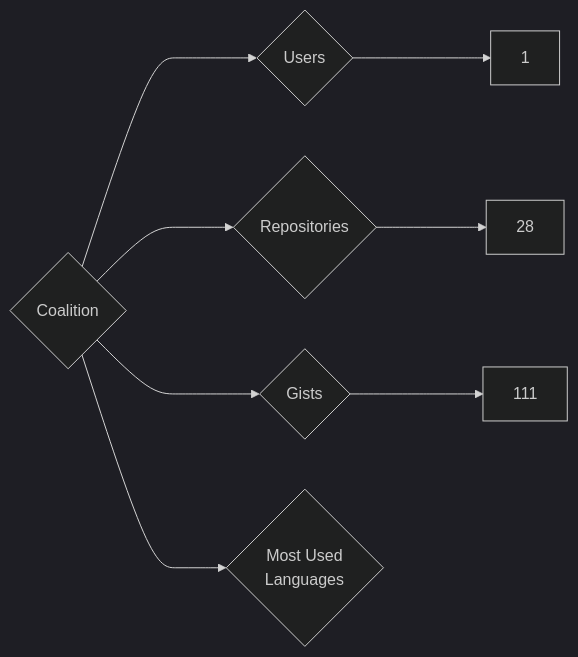
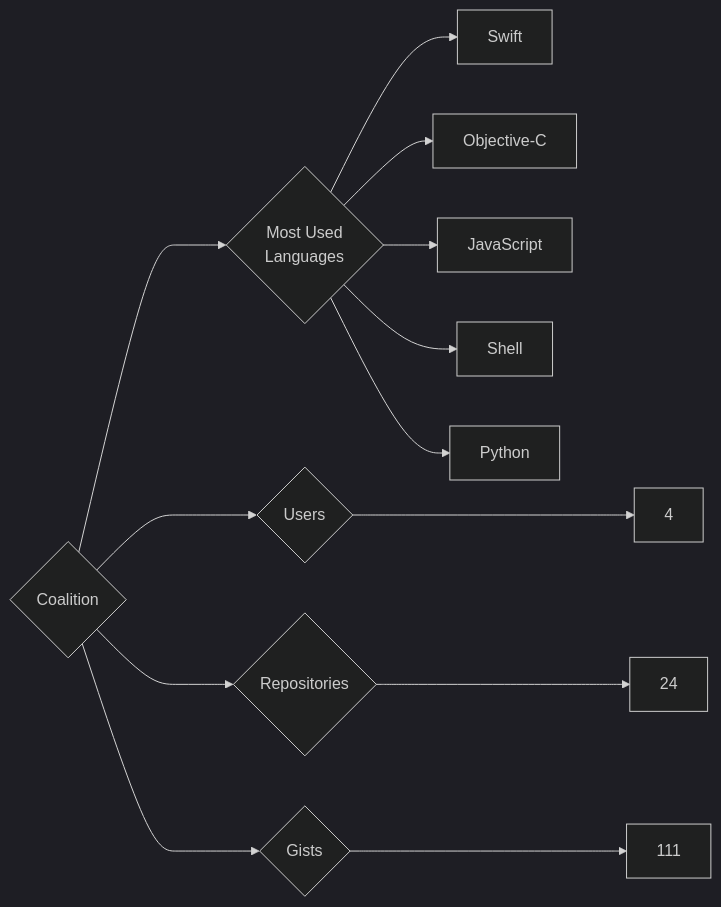
Before and after one commit to trickest/insiders: the diagram in targets/Coalition/README.md, drawn with Mermaid (dark theme). The commit also changed 1003 other files, not shown here.

````diff
--- a/targets/Coalition/README.md
+++ b/targets/Coalition/README.md
@@ -3,8 +3,13 @@
 ```mermaid
 graph LR
 COMPANY_NAME{Coalition}
-COMPANY_NAME ---> U{Users} ---> UN[1]
-COMPANY_NAME ---> R{Repositories} ---> RN[28]
+COMPANY_NAME ---> U{Users} ---> UN[4]
+COMPANY_NAME ---> R{Repositories} ---> RN[24]
 COMPANY_NAME ---> G{Gists} ---> GN[111]
 COMPANY_NAME ---> ML{Most Used<br>Languages}
+ML --> Swift[Swift]
+ML --> Objective-C[Objective-C]
+ML --> JavaScript[JavaScript]
+ML --> Shell[Shell]
+ML --> Python[Python]
 ```
````
